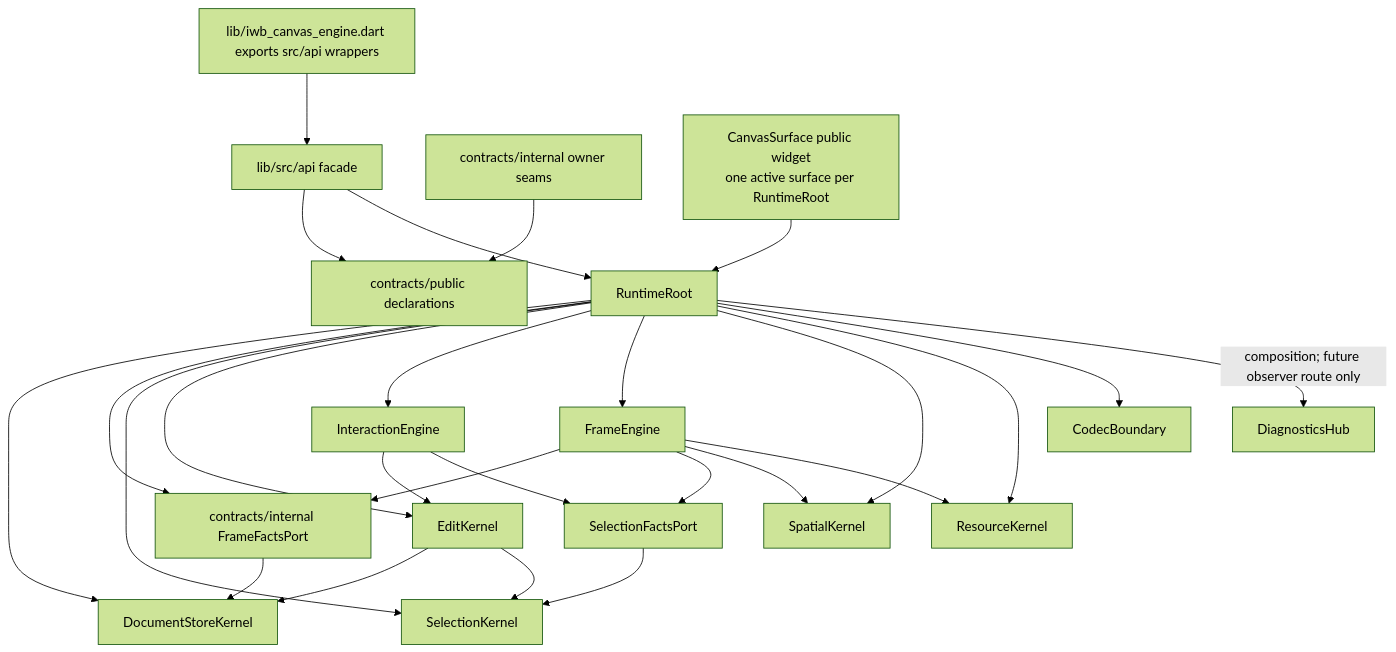
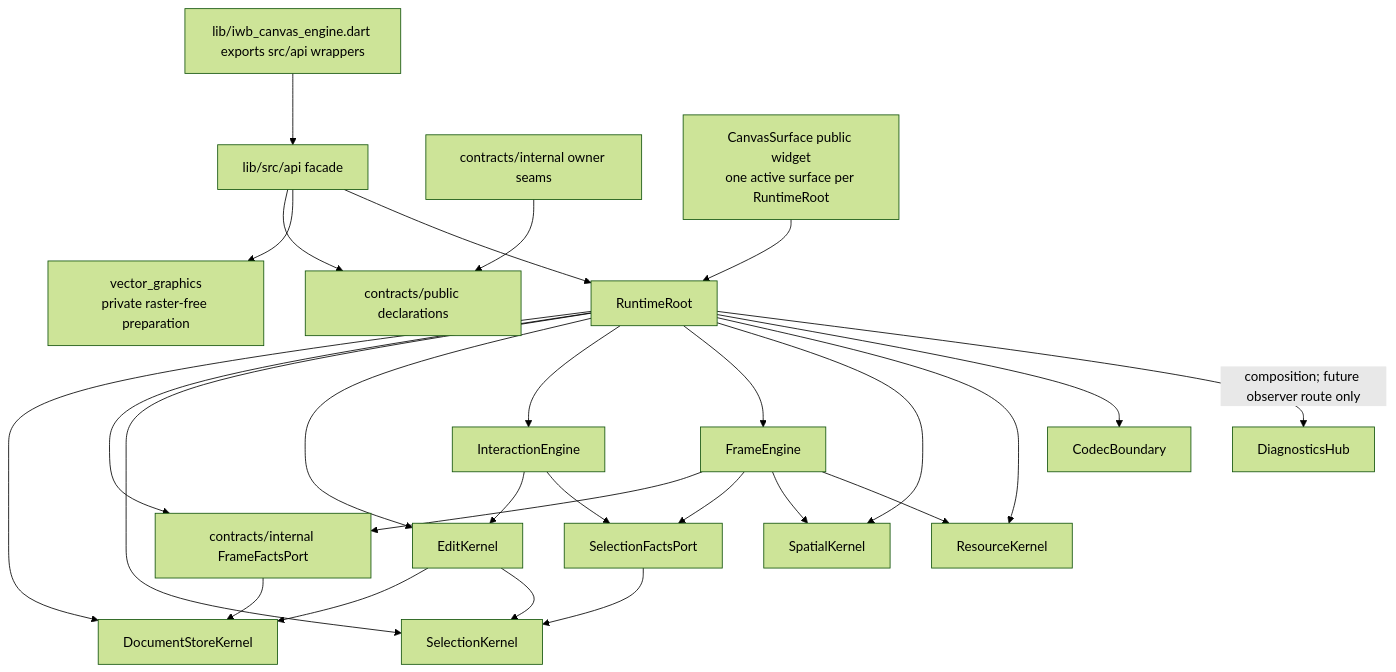
Before and after one commit to GreatPika/iwb_canvas_engine: the diagram in docs/diagrams/c4_container.mmd, drawn with Mermaid (forest theme). The commit also changed 34 other files, not shown here.

First line of the commit message:
feat(api): add bounded vector preparation

```diff
--- a/docs/diagrams/c4_container.mmd
+++ b/docs/diagrams/c4_container.mmd
@@ -1,26 +1,27 @@
 flowchart TB
   Public[lib/iwb_canvas_engine.dart exports src/api wrappers] --> API[lib/src/api facade]
   API --> ContractsPublic[contracts/public declarations]
+  API --> VectorGraphics["vector_graphics\nprivate raster-free preparation"]
   ContractsInternal[contracts/internal owner seams] --> ContractsPublic
   API --> RuntimeRoot
   Surface["CanvasSurface public widget\none active surface per RuntimeRoot"] --> RuntimeRoot
   RuntimeRoot --> Store[DocumentStoreKernel]
   RuntimeRoot --> FrameFacts[contracts/internal FrameFactsPort]
   RuntimeRoot --> Selection[SelectionKernel]
   RuntimeRoot --> Edit[EditKernel]
   RuntimeRoot --> InteractionEngine
   RuntimeRoot --> FrameEngine
   RuntimeRoot --> Spatial[SpatialKernel]
   RuntimeRoot --> Resource[ResourceKernel]
   RuntimeRoot --> Codec[CodecBoundary]
   RuntimeRoot -->|composition; future observer route only| Diagnostics[DiagnosticsHub]
   Edit --> Store
   Edit --> Selection
   FrameFacts --> Store
   FrameEngine --> FrameFacts
   FrameEngine --> SelectionFacts[SelectionFactsPort]
   FrameEngine --> Spatial
   FrameEngine --> Resource
   InteractionEngine --> Edit
   InteractionEngine --> SelectionFacts
   SelectionFacts --> Selection
```
